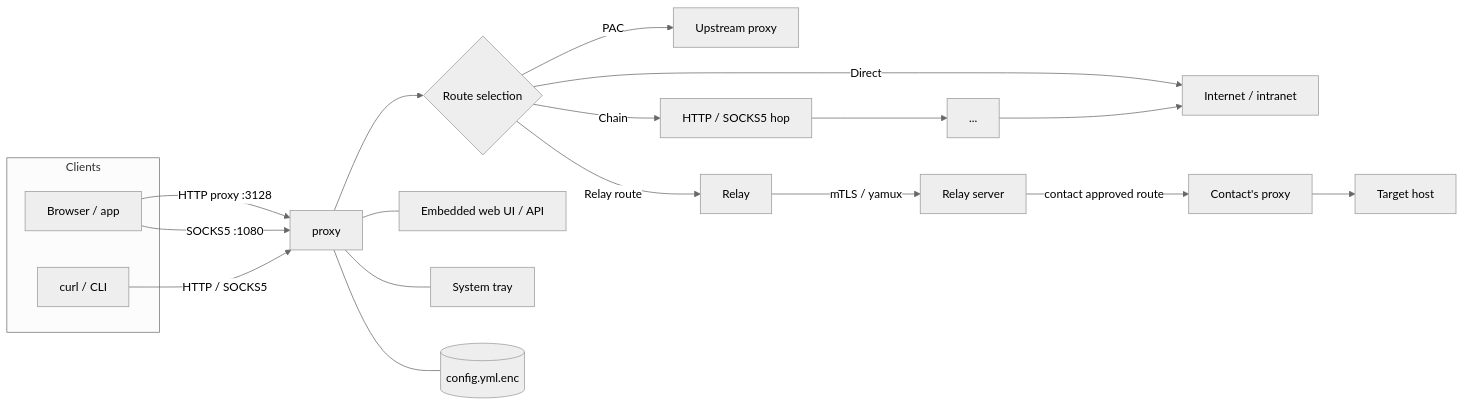
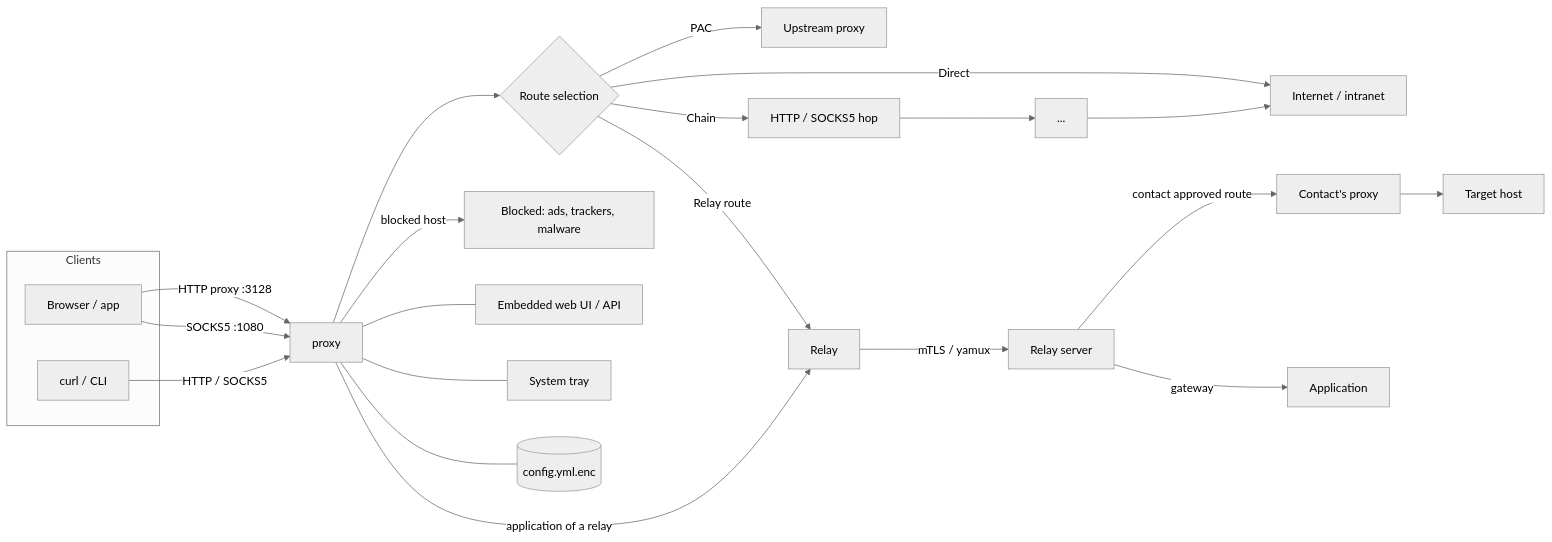
The diagram in README.md (apeironlab/go-smart-proxy), drawn with Mermaid (neutral theme) before and after one commit. The commit also changed other lines of this file, not shown here.

````diff
--- a/README.md
+++ b/README.md
@@ -104,24 +123,28 @@
 ```mermaid
 flowchart LR
     subgraph Clients
         B[Browser / app]
         C[curl / CLI]
     end
 
     B -->|HTTP proxy :3128| P[proxy]
     B -->|SOCKS5 :1080| P
     C -->|HTTP / SOCKS5| P
 
     P --> R{Route selection}
     R -->|Direct| I[Internet / intranet]
     R -->|PAC| PAC[Upstream proxy]
     R -->|Chain| H1[HTTP / SOCKS5 hop] --> H2[...] --> I
     R -->|Relay route| REL[Relay]
     REL -->|mTLS / yamux| RS[Relay server]
     RS -->|contact approved route| CONTACT[Contact's proxy]
     CONTACT --> T[Target host]
 
+    P -->|blocked host| BL[Blocked: ads, trackers, malware]
+    P -->|application of a relay| REL
+    RS -->|gateway| APP[Application]
+
     P --- UI[Embedded web UI / API]
     P --- TRAY[System tray]
     P --- CFG[(config.yml.enc)]
 ```
````
